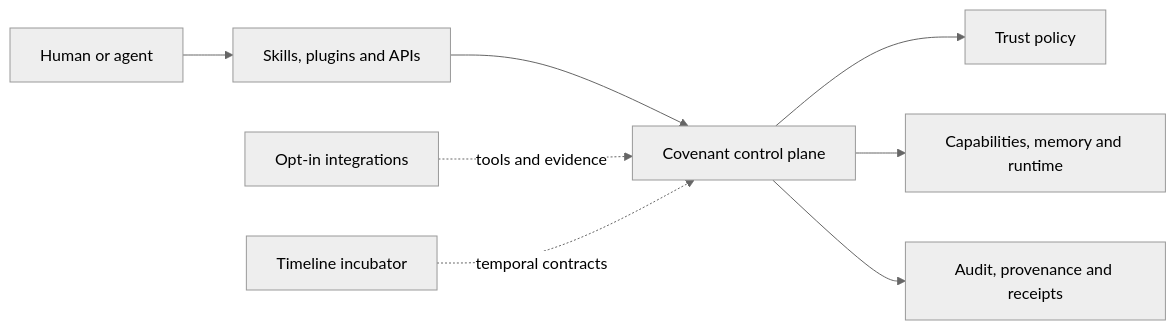
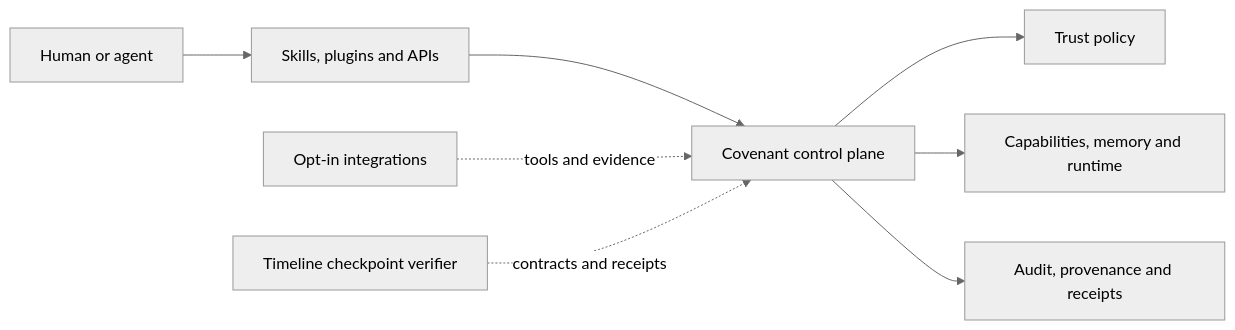
Before and after one commit to open-covenant/.github: the diagram in profile/README.md, drawn with Mermaid (neutral theme). The commit also changed other lines of this file, not shown here.

Commit message:
sync timeline profile status

````diff
--- a/profile/README.md
+++ b/profile/README.md
@@ -31,10 +45,10 @@
 ```mermaid
 flowchart LR
     operator["Human or agent"] --> entry["Skills, plugins and APIs"]
     entry --> core["Covenant control plane"]
     core --> trust["Trust policy"]
     core --> runtime["Capabilities, memory and runtime"]
     core --> evidence["Audit, provenance and receipts"]
     integrations["Opt-in integrations"] -. tools and evidence .-> core
-    timeline["Timeline incubator"] -. temporal contracts .-> core
+    timeline["Timeline checkpoint verifier"] -. contracts and receipts .-> core
 ```
````
